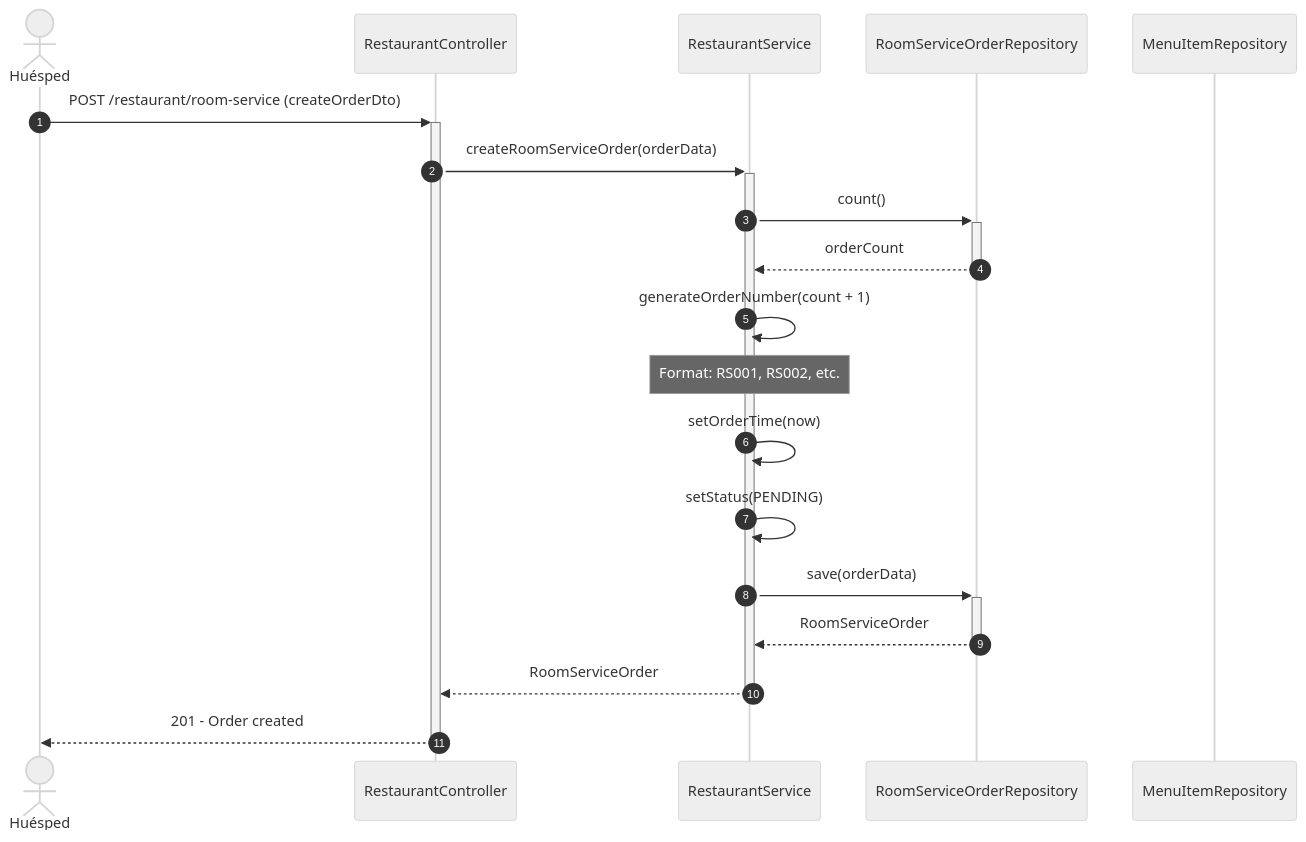
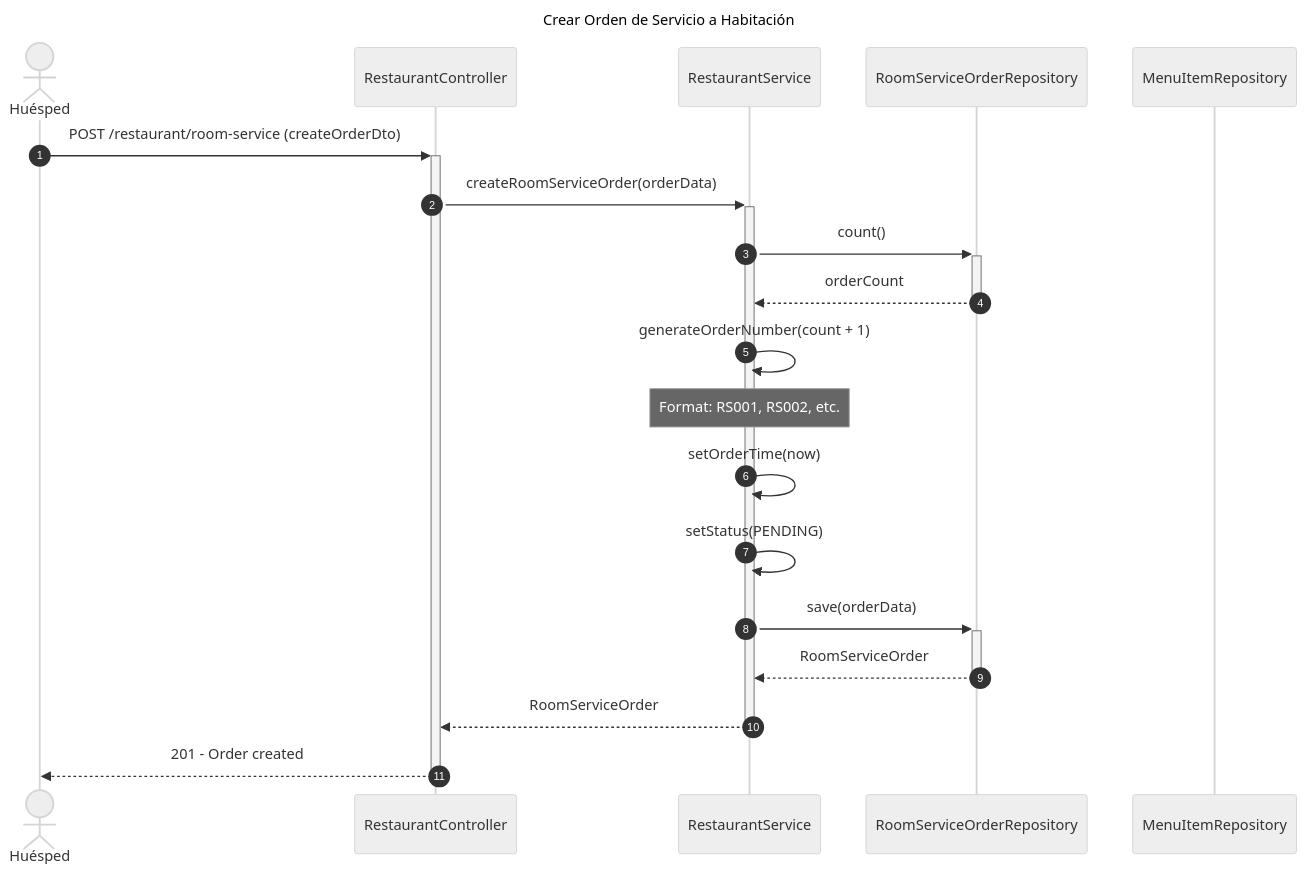
Before and after one commit to Nick220505/hotelier-backend: the first of 7 diagrams in diagrams/sequence/restaurant-sequence-diagram.md, drawn with Mermaid (neutral theme). The commit also changed other lines of this file and 5 other files, not shown here.

Commit message:
Add titles to sequence diagrams for Billing, Employees, Inventory, Reservations, Restaurant, and Users modules

````diff
--- a/diagrams/sequence/restaurant-sequence-diagram.md
+++ b/diagrams/sequence/restaurant-sequence-diagram.md
@@ -5,27 +5,30 @@
 ```mermaid
+---
+title: Crear Orden de Servicio a Habitación
+---
 sequenceDiagram
     autonumber
     actor Huésped
     participant Controller as RestaurantController
     participant Service as RestaurantService
     participant OrderRepo as RoomServiceOrderRepository
     participant MenuRepo as MenuItemRepository
 
     Huésped->>+Controller: POST /restaurant/room-service (createOrderDto)
     Controller->>+Service: createRoomServiceOrder(orderData)
     
     Service->>+OrderRepo: count()
     OrderRepo-->>-Service: orderCount
     
     Service->>Service: generateOrderNumber(count + 1)
     Note over Service: Format: RS001, RS002, etc.
     
     Service->>Service: setOrderTime(now)
     Service->>Service: setStatus(PENDING)
     
     Service->>+OrderRepo: save(orderData)
     OrderRepo-->>-Service: RoomServiceOrder
     
     Service-->>-Controller: RoomServiceOrder
     Controller-->>-Huésped: 201 - Order created
 ```
````
